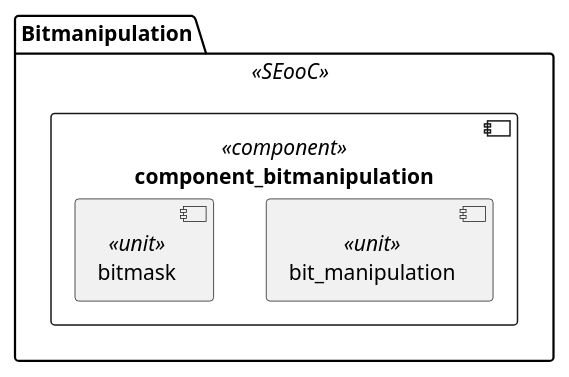
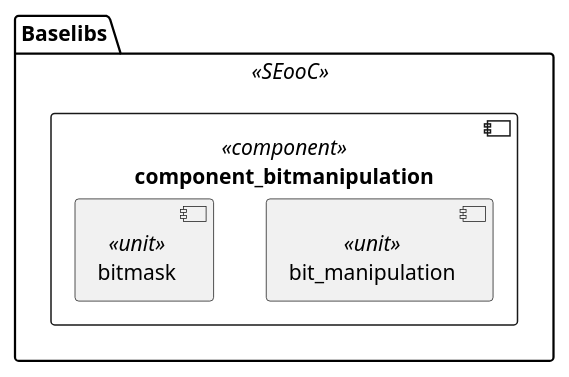
One commit to eclipse-score/baselibs changed the diagram in score/bitmanipulation/docs/architecture/static_design.puml. Above: the diagram before and after it, drawn with PlantUML. The commit also changed 6 other files, not shown here.

```diff
--- a/score/bitmanipulation/docs/architecture/static_design.puml
+++ b/score/bitmanipulation/docs/architecture/static_design.puml
@@ -14,10 +14,10 @@
 @startuml static_design
 
-package "Bitmanipulation" as dependable_element_bitmanipulation <<SEooC>> {
+package "Baselibs" as dependable_element_baselibs <<SEooC>> {
     component "component_bitmanipulation" as component_bitmanipulation <<component>> {
         component "bit_manipulation" as bit_manipulation <<unit>>
         component "bitmask" as bitmask <<unit>>
     }
 }
 
 @enduml
```
